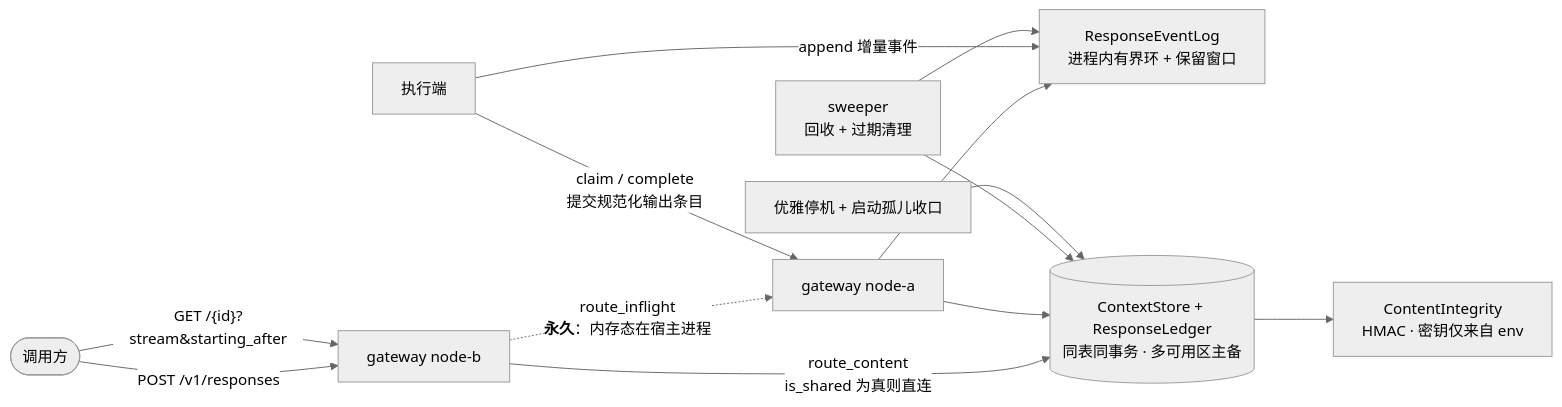
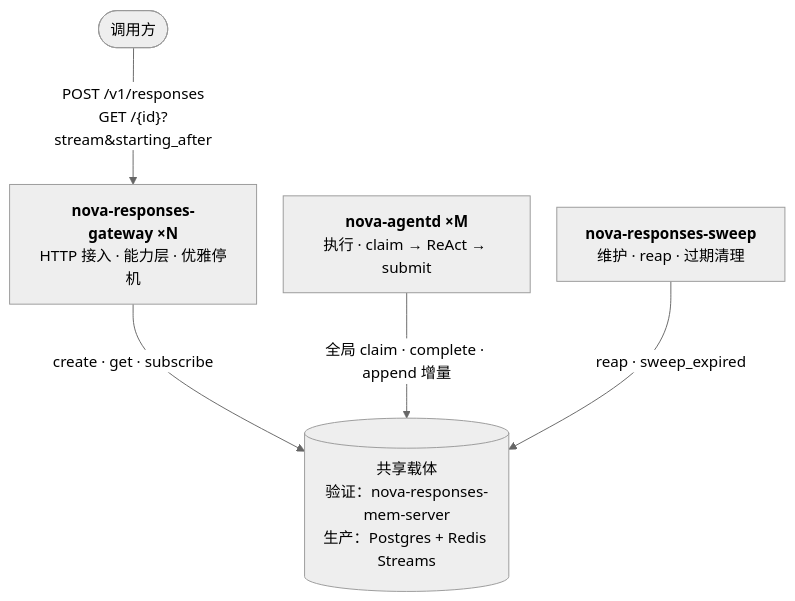
Before and after one commit to charleslyh/nova-chat: the diagram in docs/architecture/README.md, drawn with Mermaid (neutral theme). The commit also changed other lines of this file and 15 other files, not shown here.

Commit message:
docs: realign design and architecture docs with the D25 shared-carrier topology so figures and claims match the implementation, not the pre-shared-buffer model

````diff
--- a/docs/architecture/README.md
+++ b/docs/architecture/README.md
@@ -9,16 +11,12 @@
 ```mermaid
 %%{init: {"flowchart": {"curve": "basis", "rankSpacing": 72, "nodeSpacing": 28}}}%%
-flowchart LR
-    client(["调用方"]) -->|"POST /v1/responses"| nodeB["gateway node-b"]
-    client -->|"GET /{id}?stream&starting_after"| nodeB
-    nodeB -.->|"route_inflight<br/><b>永久</b>：内存态在宿主进程"| nodeA["gateway node-a"]
-    nodeA --> evlog["ResponseEventLog<br/>进程内有界环 + 保留窗口"]
-    nodeB -->|"route_content<br/>is_shared 为真则直连"| db[("ContextStore + ResponseLedger<br/>同表同事务 · 多可用区主备")]
-    nodeA --> db
-    db --> integ["ContentIntegrity<br/>HMAC · 密钥仅来自 env"]
-    agent["执行端"] -->|"claim / complete<br/>提交规范化输出条目"| nodeA
-    agent -->|"append 增量事件"| evlog
-    sweeper["sweeper<br/>回收 + 过期清理"] --> evlog
-    sweeper --> db
-    drain["优雅停机 + 启动孤儿收口"] --> db
+flowchart TB
+    client(["调用方"]) -->|"POST /v1/responses<br/>GET /{id}?stream&starting_after"| gw["<b>nova-responses-gateway ×N</b><br/>HTTP 接入 · 能力层 · 优雅停机"]
+    agentd["<b>nova-agentd ×M</b><br/>执行 · claim → ReAct → submit"]
+    sweep["<b>nova-responses-sweep</b><br/>维护 · reap · 过期清理"]
+    carrier[("共享载体<br/>验证：nova-responses-mem-server<br/>生产：Postgres + Redis Streams")]
+
+    gw -->|"create · get · subscribe"| carrier
+    agentd -->|"全局 claim · complete · append 增量"| carrier
+    sweep -->|"reap · sweep_expired"| carrier
 ```
````
